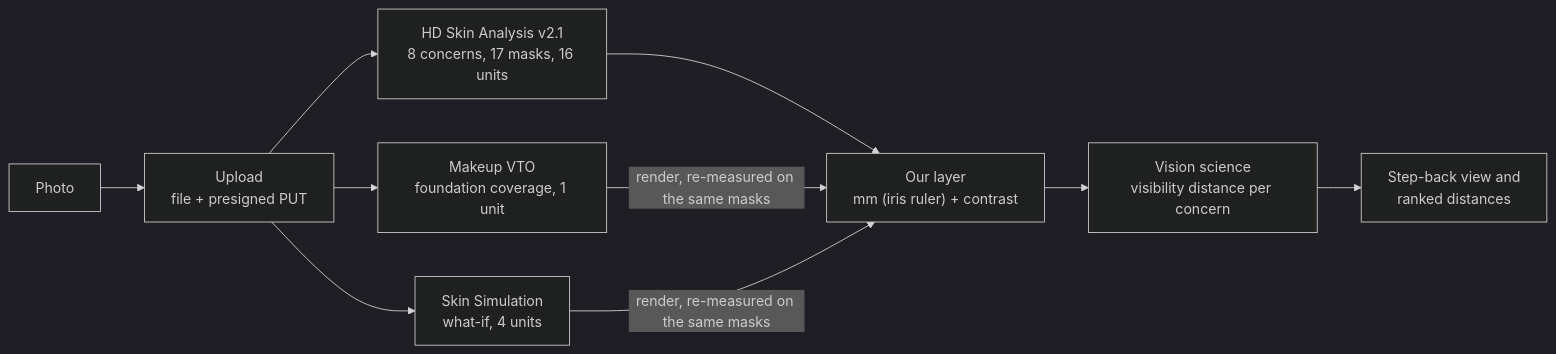
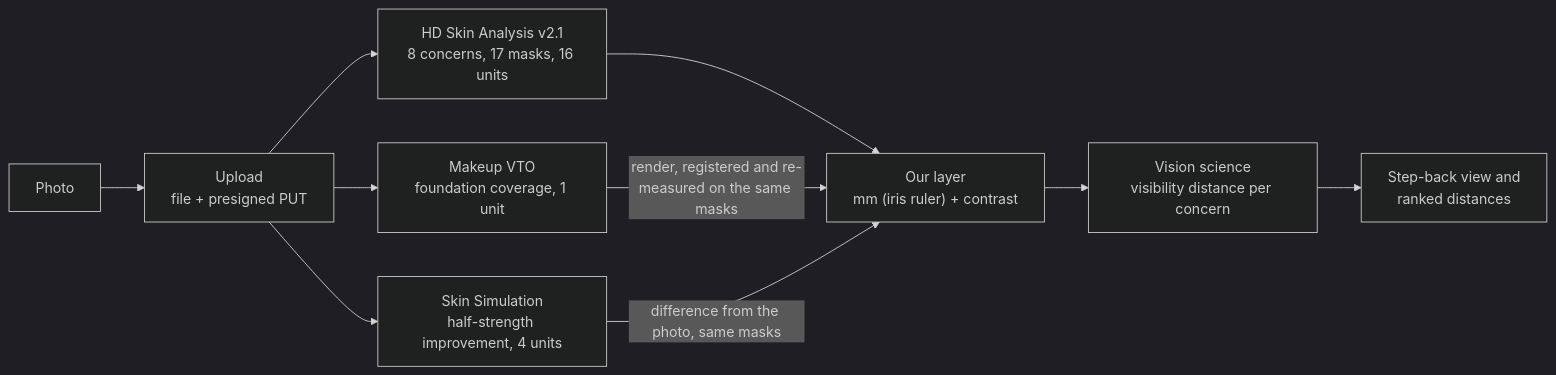
Before and after one commit to ethanrom/arms-length: the diagram in docs/YOUCAM.md, drawn with Mermaid (dark theme). The commit also changed other lines of this file and 6 other files, not shown here.

````diff
--- a/docs/YOUCAM.md
+++ b/docs/YOUCAM.md
@@ -20,12 +24,12 @@
 ```mermaid
 flowchart LR
   photo["Photo"] --> up["Upload<br/>file + presigned PUT"]
   up --> sa["HD Skin Analysis v2.1<br/>8 concerns, 17 masks, 16 units"]
   sa --> meas["Our layer<br/>mm (iris ruler) + contrast"]
   meas --> vis["Vision science<br/>visibility distance per concern"]
   up --> vto["Makeup VTO<br/>foundation coverage, 1 unit"]
-  up --> sim["Skin Simulation<br/>what-if, 4 units"]
-  vto -->|"render, re-measured on the same masks"| meas
-  sim -->|"render, re-measured on the same masks"| meas
+  up --> sim["Skin Simulation<br/>half-strength improvement, 4 units"]
+  vto -->|"render, registered and re-measured on the same masks"| meas
+  sim -->|"difference from the photo, same masks"| meas
   vis --> ui["Step-back view and<br/>ranked distances"]
 ```
````
